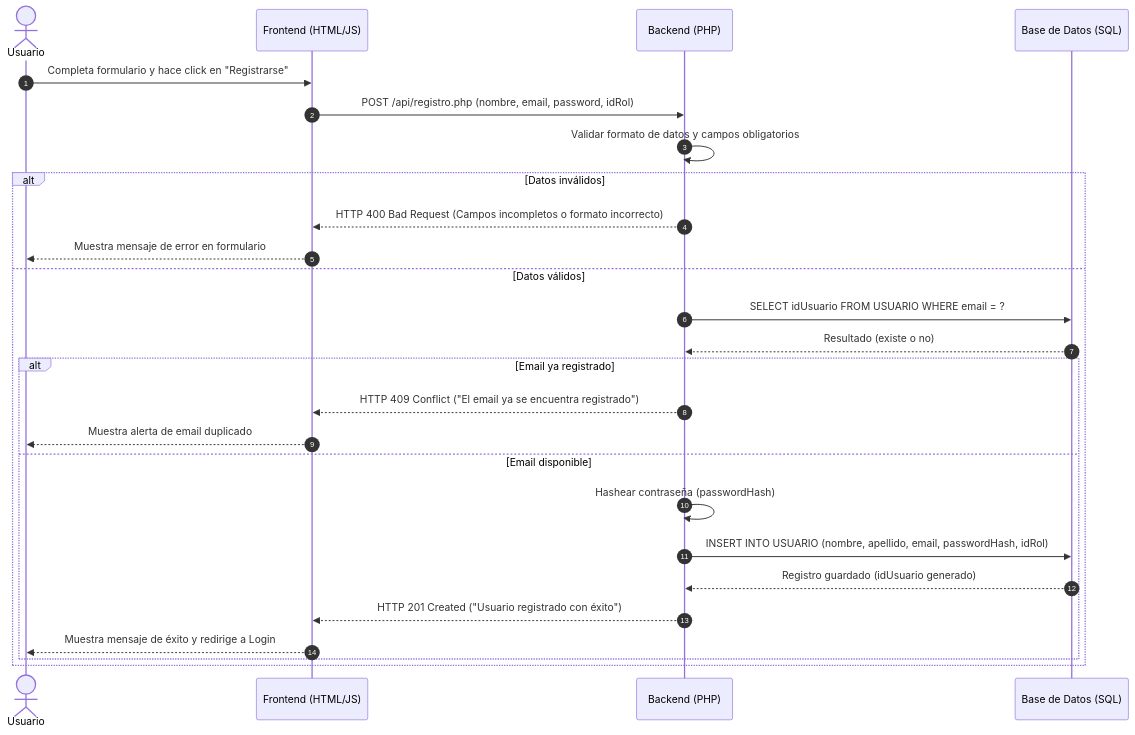
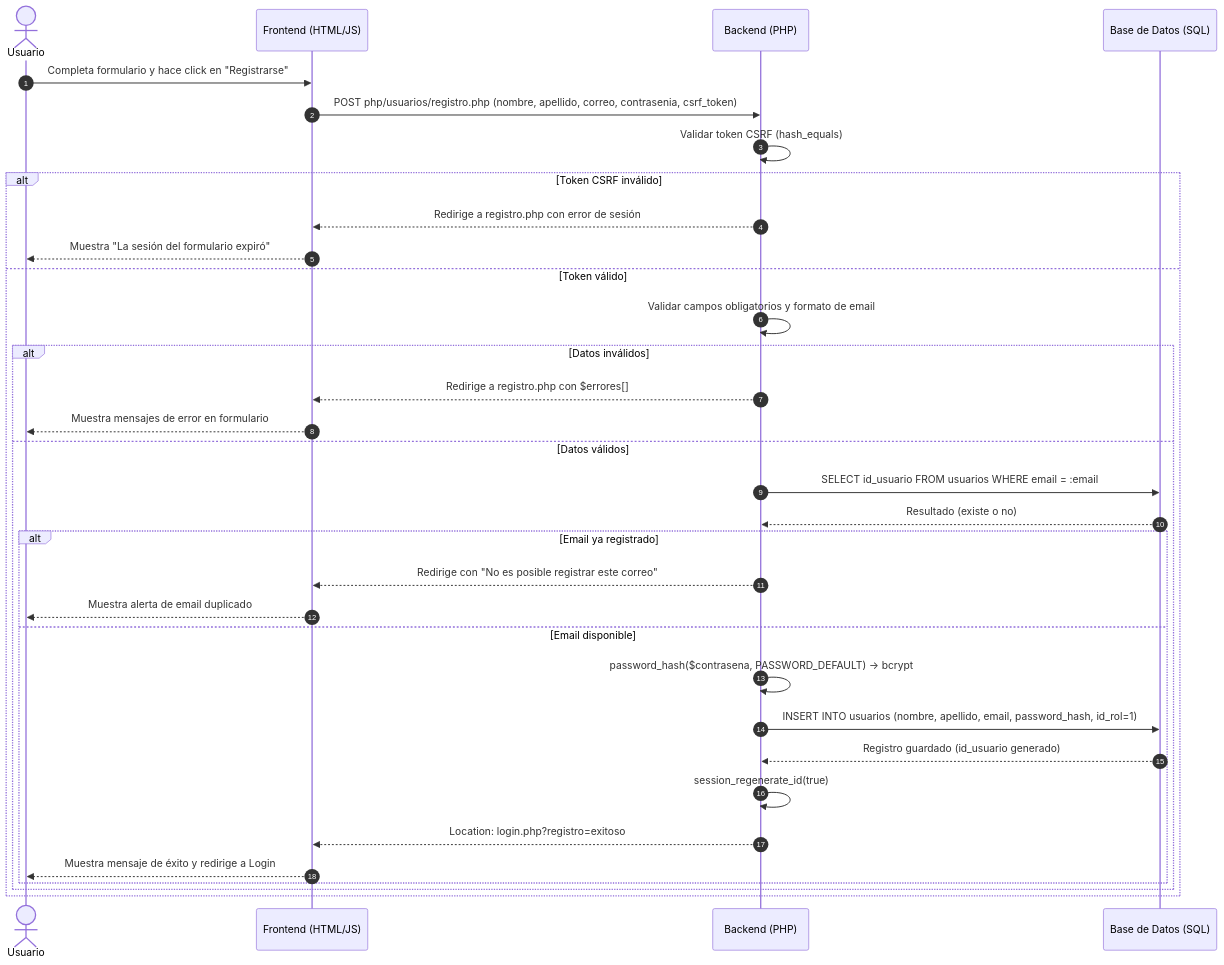
The first of 7 diagrams in docs/diagramas_de_secuencia_classia.md (Matiuz06/Proyecto_TIS_Classia), drawn with Mermaid before and after one commit. The commit also changed other lines of this file and 8 other files, not shown here.

````diff
--- a/docs/diagramas_de_secuencia_classia.md
+++ b/docs/diagramas_de_secuencia_classia.md
@@ -10,32 +13,40 @@
 ```mermaid
 sequenceDiagram
     autonumber
     actor usuario as Usuario
     participant frontend as Frontend (HTML/JS)
     participant backend as Backend (PHP)
     participant db as Base de Datos (SQL)
 
     usuario ->> frontend: Completa formulario y hace click en "Registrarse"
-    frontend ->> backend: POST /api/registro.php (nombre, email, password, idRol)
+    frontend ->> backend: POST php/usuarios/registro.php (nombre, apellido, correo, contrasenia, csrf_token)
     
-    backend ->> backend: Validar formato de datos y campos obligatorios
+    backend ->> backend: Validar token CSRF (hash_equals)
     
-    alt Datos inválidos
-        backend -->> frontend: HTTP 400 Bad Request (Campos incompletos o formato incorrecto)
-        frontend -->> usuario: Muestra mensaje de error en formulario
-    else Datos válidos
-        backend ->> db: SELECT idUsuario FROM USUARIO WHERE email = ?
-        db -->> backend: Resultado (existe o no)
+    alt Token CSRF inválido
+        backend -->> frontend: Redirige a registro.php con error de sesión
+        frontend -->> usuario: Muestra "La sesión del formulario expiró"
+    else Token válido
+        backend ->> backend: Validar campos obligatorios y formato de email
         
-        alt Email ya registrado
-            backend -->> frontend: HTTP 409 Conflict ("El email ya se encuentra registrado")
-            frontend -->> usuario: Muestra alerta de email duplicado
-        else Email disponible
-            backend ->> backend: Hashear contraseña (passwordHash)
-            backend ->> db: INSERT INTO USUARIO (nombre, apellido, email, passwordHash, idRol)
-            db -->> backend: Registro guardado (idUsuario generado)
-            backend -->> frontend: HTTP 201 Created ("Usuario registrado con éxito")
-            frontend -->> usuario: Muestra mensaje de éxito y redirige a Login
+        alt Datos inválidos
+            backend -->> frontend: Redirige a registro.php con $errores[]
+            frontend -->> usuario: Muestra mensajes de error en formulario
+        else Datos válidos
+            backend ->> db: SELECT id_usuario FROM usuarios WHERE email = :email
+            db -->> backend: Resultado (existe o no)
+            
+            alt Email ya registrado
+                backend -->> frontend: Redirige con "No es posible registrar este correo"
+                frontend -->> usuario: Muestra alerta de email duplicado
+            else Email disponible
+                backend ->> backend: password_hash($contrasena, PASSWORD_DEFAULT) → bcrypt
+                backend ->> db: INSERT INTO usuarios (nombre, apellido, email, password_hash, id_rol=1)
+                db -->> backend: Registro guardado (id_usuario generado)
+                backend ->> backend: session_regenerate_id(true)
+                backend -->> frontend: Location: login.php?registro=exitoso
+                frontend -->> usuario: Muestra mensaje de éxito y redirige a Login
+            end
         end
     end
 ```
````
